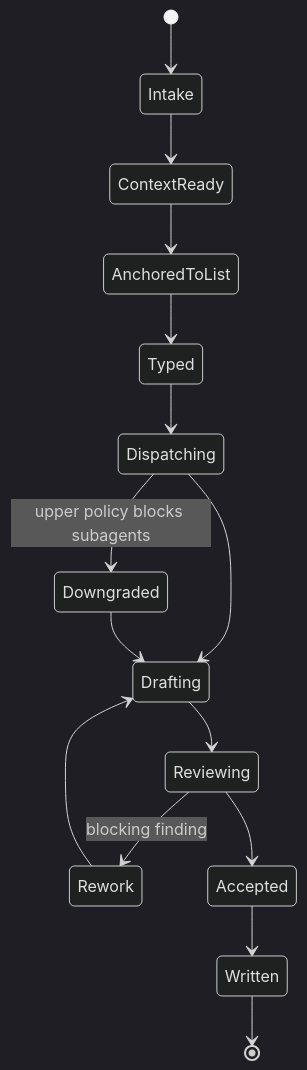
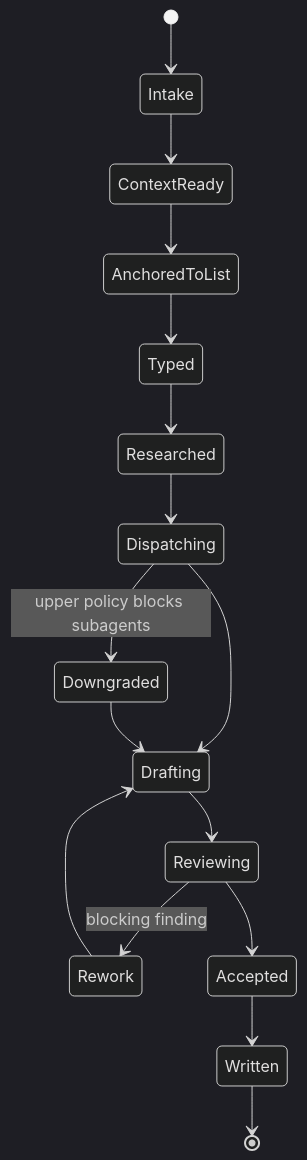
Before and after one commit to ZEN-VOID/AI-CUT: the third of 3 diagrams in .agents/skills/aigc/5-设计/角色/2-设计/SKILL.md, drawn with Mermaid (dark theme). The commit also changed other lines of this file and 526 other files, not shown here.

````diff
--- a/.agents/skills/aigc/5-设计/角色/2-设计/SKILL.md
+++ b/.agents/skills/aigc/5-设计/角色/2-设计/SKILL.md
@@ -117,17 +119,18 @@
 ```mermaid
 stateDiagram-v2
     [*] --> Intake
     Intake --> ContextReady
     ContextReady --> AnchoredToList
     AnchoredToList --> Typed
-    Typed --> Dispatching
+    Typed --> Researched
+    Researched --> Dispatching
     Dispatching --> Drafting
     Dispatching --> Downgraded: upper policy blocks subagents
     Downgraded --> Drafting
     Drafting --> Reviewing
     Reviewing --> Rework: blocking finding
     Rework --> Drafting
     Reviewing --> Accepted
     Accepted --> Written
     Written --> [*]
 ```
````
